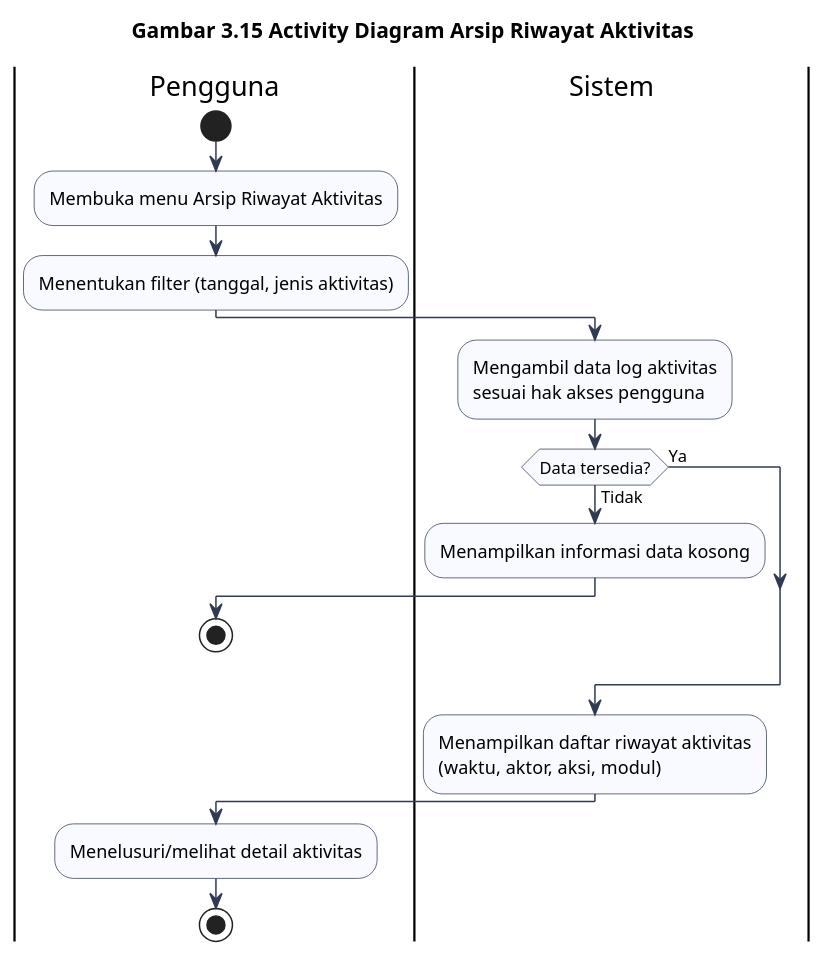
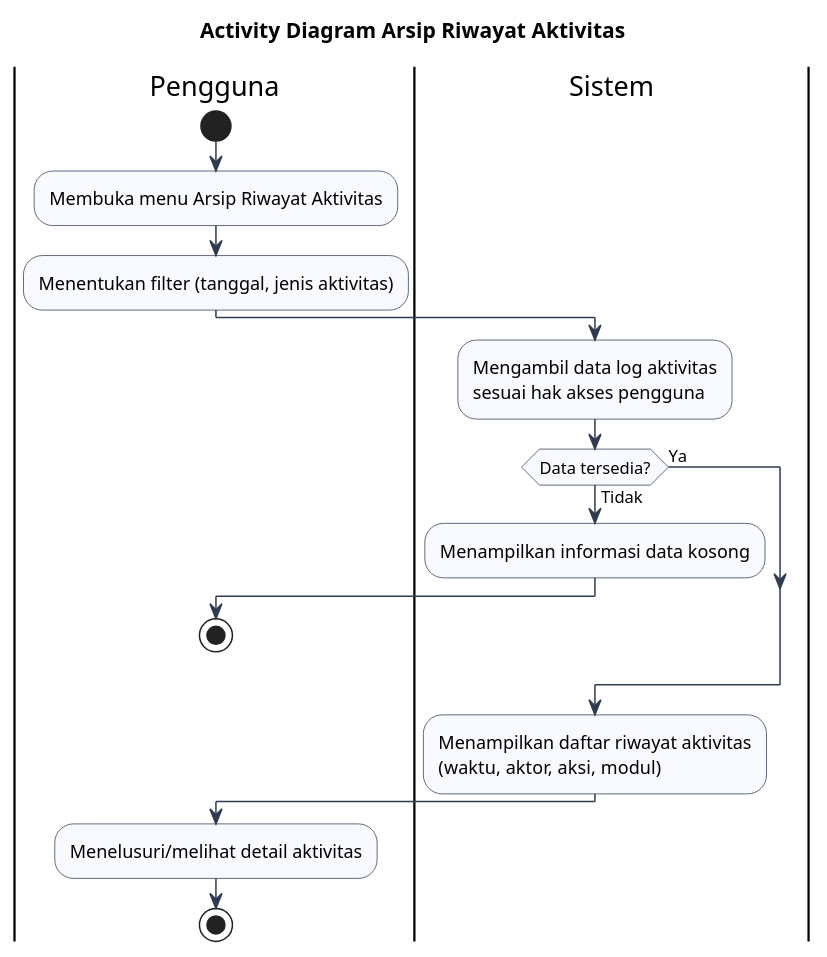
One commit to Abdlhsnu17/sipena.apps changed the diagram in docs/activity/3.15-arsip-aktivitas.puml. Above: the diagram before and after it, drawn with PlantUML. The commit also changed 21 other files, not shown here.

Commit message:
docs: ubah judul activity diagram menjadi polos tanpa nomor gambar

```diff
--- a/docs/activity/3.15-arsip-aktivitas.puml
+++ b/docs/activity/3.15-arsip-aktivitas.puml
@@ -1,34 +1,34 @@
 @startuml
-title Gambar 3.15 Activity Diagram Arsip Riwayat Aktivitas
+title Activity Diagram Arsip Riwayat Aktivitas
 skinparam shadowing false
 skinparam activity {
   BackgroundColor #F8FAFF
   BorderColor #2F3B52
   ArrowColor #2F3B52
   DiamondBackgroundColor #F8FAFF
   DiamondBorderColor #2F3B52
 }
 
 |Pengguna|
 start
 :Membuka menu Arsip Riwayat Aktivitas;
 :Menentukan filter (tanggal, jenis aktivitas);
 
 |Sistem|
 :Mengambil data log aktivitas
 sesuai hak akses pengguna;
 if (Data tersedia?) then (Tidak)
   :Menampilkan informasi data kosong;
   |Pengguna|
   stop
 else (Ya)
 endif
 
 |Sistem|
 :Menampilkan daftar riwayat aktivitas
 (waktu, aktor, aksi, modul);
 
 |Pengguna|
 :Menelusuri/melihat detail aktivitas;
 stop
 @enduml
```
